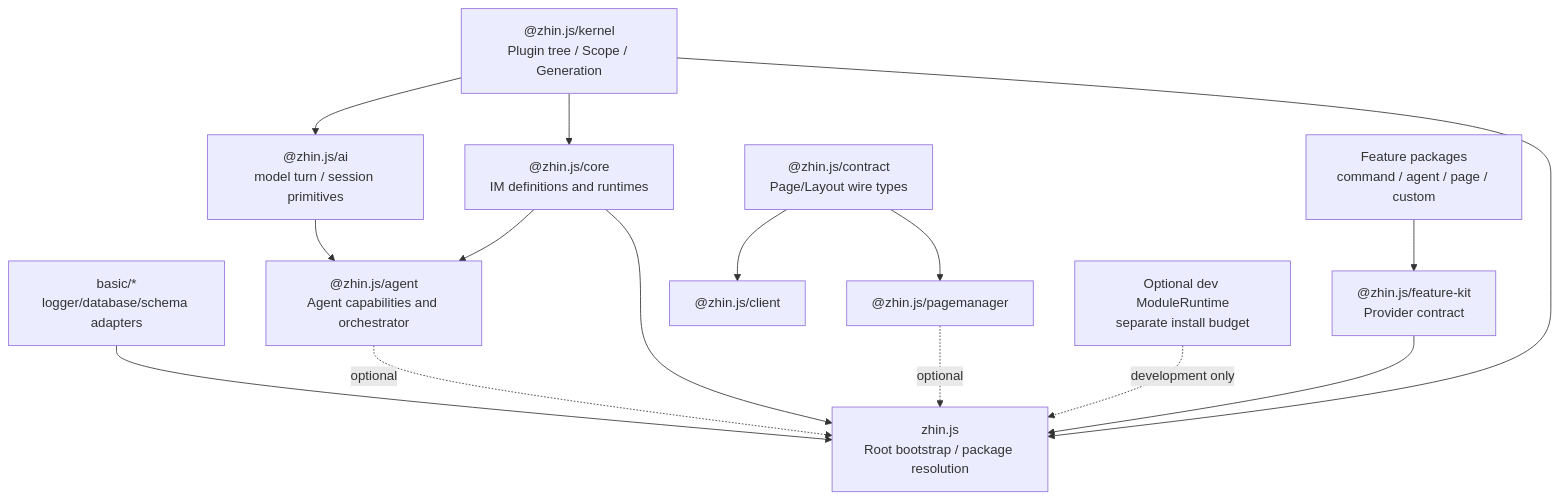
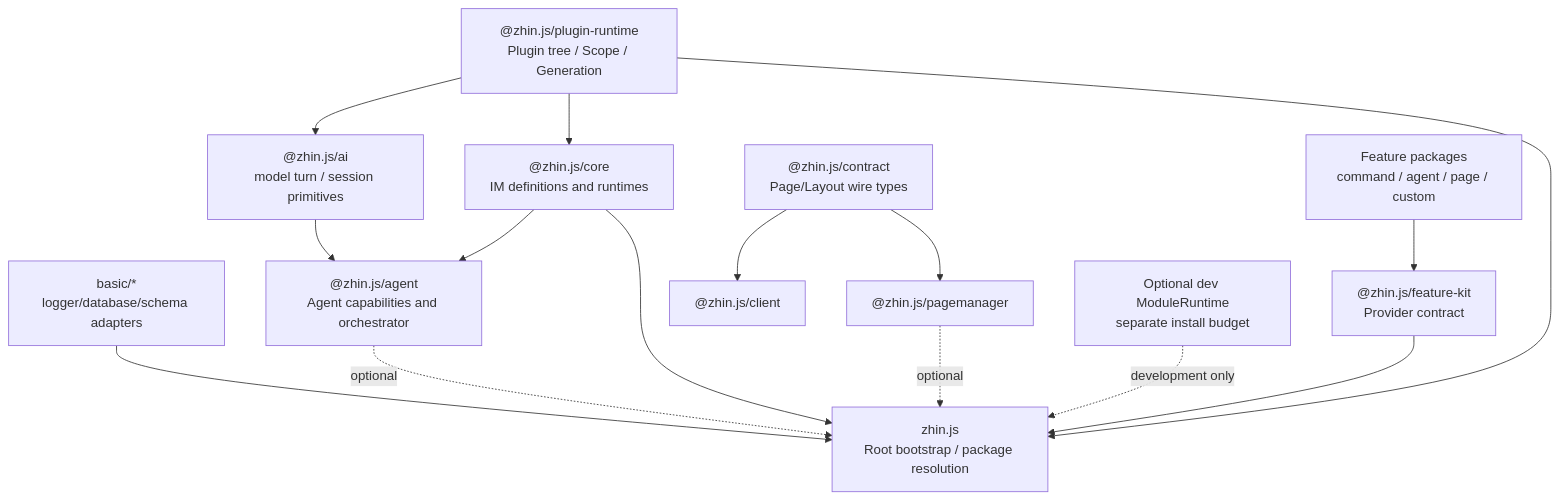
Before and after one commit to zhinjs/zhin: the first of 2 diagrams in docs/architecture/target-implementation/README.md, drawn with Mermaid. The commit also changed other lines of this file and 225 other files, not shown here.

Commit message:
refactor(runtime): begin in-place plugin migration

````diff
--- a/docs/architecture/target-implementation/README.md
+++ b/docs/architecture/target-implementation/README.md
@@ -20,19 +20,19 @@
 ```mermaid
 flowchart TB
   Basic["basic/*\nlogger/database/schema adapters"] --> Zhin
-  Kernel["@zhin.js/kernel\nPlugin tree / Scope / Generation"]
+  Kernel["@zhin.js/plugin-runtime\nPlugin tree / Scope / Generation"]
   Kernel --> AI["@zhin.js/ai\nmodel turn / session primitives"]
   Kernel --> Core["@zhin.js/core\nIM definitions and runtimes"]
   AI --> Agent["@zhin.js/agent\nAgent capabilities and orchestrator"]
   Core --> Agent
   ConsoleContract["@zhin.js/contract\nPage/Layout wire types"]
   ConsoleContract --> ConsoleClient["@zhin.js/client"]
   ConsoleContract --> PageManager["@zhin.js/pagemanager"]
   FeatureKit["@zhin.js/feature-kit\nProvider contract"] --> Zhin
   FeaturePackages["Feature packages\ncommand / agent / page / custom"] --> FeatureKit
   Kernel --> Zhin["zhin.js\nRoot bootstrap / package resolution"]
   Core --> Zhin
   Agent -. optional .-> Zhin
   PageManager -. optional .-> Zhin
   Dev["Optional dev ModuleRuntime\nseparate install budget"] -. development only .-> Zhin
 ```
````
